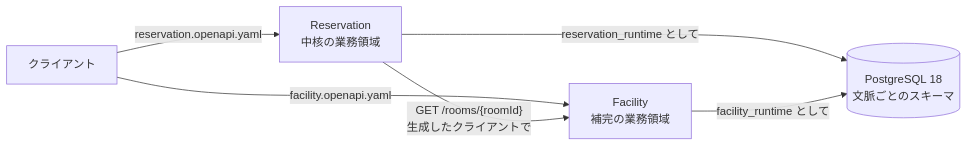
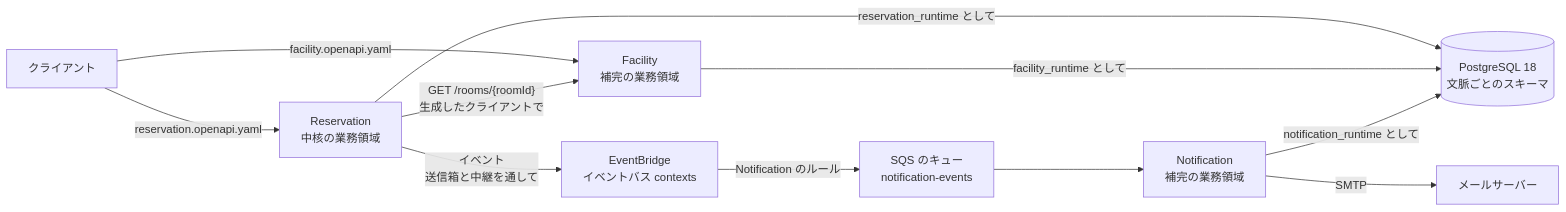
Before and after one commit to ma-chisuke/go-nextjs-ddd-monorepo: the first of 3 diagrams in ARCHITECTURE.ja.md, drawn with Mermaid. The commit also changed other lines of this file and 53 other files, not shown here.

````diff
--- a/ARCHITECTURE.ja.md
+++ b/ARCHITECTURE.ja.md
@@ -8,12 +8,21 @@
 ```mermaid
 flowchart LR
     clients["クライアント"]
     reservation["Reservation<br/>中核の業務領域"]
     facility["Facility<br/>補完の業務領域"]
+    notification["Notification<br/>補完の業務領域"]
+    bus["EventBridge<br/>イベントバス contexts"]
+    queue["SQS のキュー<br/>notification-events"]
+    mail["メールサーバー"]
     db[("PostgreSQL 18<br/>文脈ごとのスキーマ")]
     clients -- "reservation.openapi.yaml" --> reservation
     clients -- "facility.openapi.yaml" --> facility
     reservation -- "GET /rooms/{roomId}<br/>生成したクライアントで" --> facility
+    reservation -- "イベント<br/>送信箱と中継を通して" --> bus
+    bus -- "Notification のルール" --> queue
+    queue --> notification
+    notification -- "SMTP" --> mail
     reservation -- "reservation_runtime として" --> db
     facility -- "facility_runtime として" --> db
+    notification -- "notification_runtime として" --> db
 ```
````
